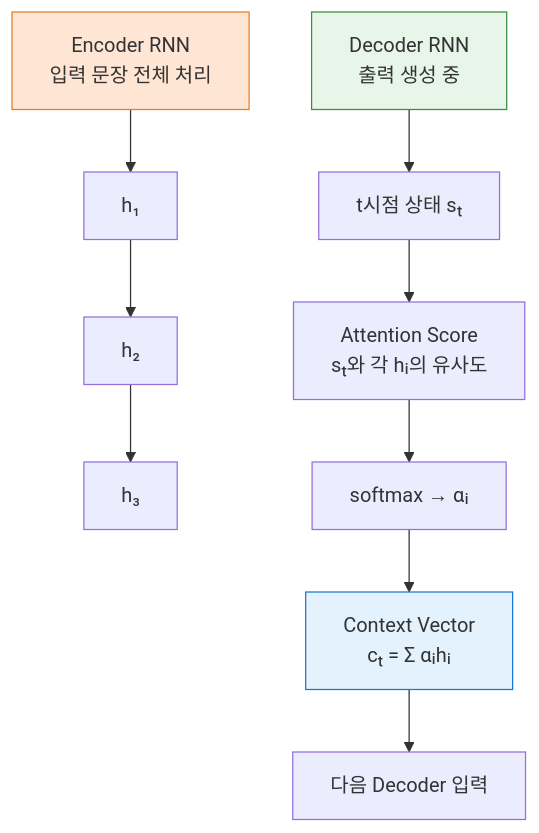
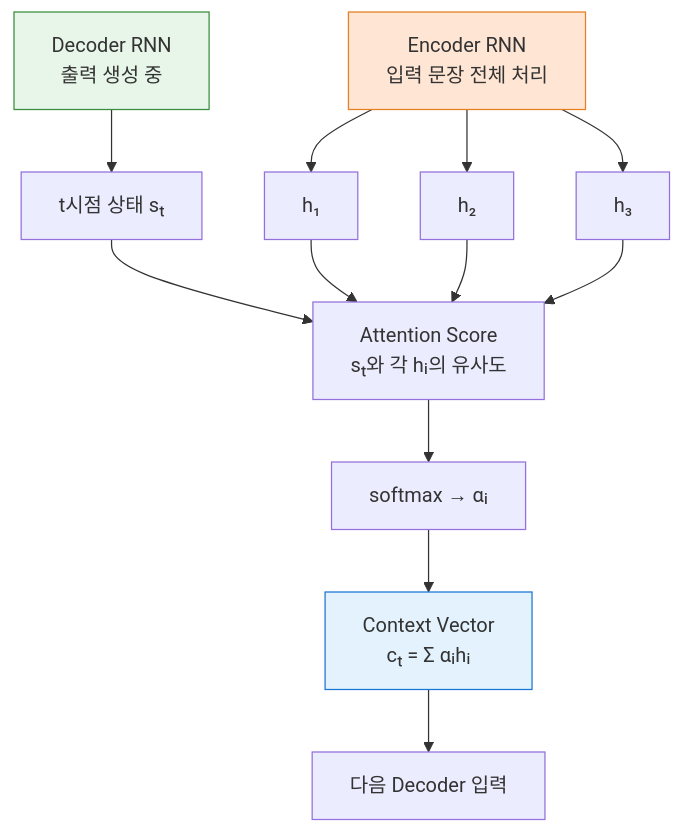
The first of 4 diagrams in content/study/Attention.md (Ricepunchb/Idsh-obsidian-garden), drawn with Mermaid before and after one commit. The commit also changed other lines of this file and 14 other files, not shown here.

````diff
--- a/content/study/Attention.md
+++ b/content/study/Attention.md
@@ -12,13 +15,15 @@
 ```mermaid
-%%{init: {'theme':'default'}}%%
-graph TD
-    Enc[Encoder RNN<br/>입력 문장 전체 처리] --> H1[h₁] --> H2[h₂] --> H3[h₃]
-    Dec[Decoder RNN<br/>출력 생성 중] --> S[t시점 상태 sₜ]
-    S --> Score[Attention Score<br/>sₜ와 각 hᵢ의 유사도]
-    Score --> Alpha[softmax → αᵢ]
-    Alpha --> Context[Context Vector<br/>cₜ = Σ αᵢhᵢ]
-    Context --> DecNext[다음 Decoder 입력]
-    style Enc fill:#FFE5D4,stroke:#E67E22
-    style Dec fill:#E8F5E9,stroke:#388E3C
-    style Context fill:#E3F2FD,stroke:#1976D2
+%%{init: {'theme':'default'}}%% 
+graph TD 
+	Enc[Encoder RNN<br/>입력 문장 전체 처리] --> H1[h₁] & H2[h₂] & H3[h₃] 
+	Dec[Decoder RNN<br/>출력 생성 중] --> S[t시점 상태 sₜ] 
+	S --> Score[Attention Score<br/>sₜ와 각 hᵢ의 유사도] 
+	H1 & H2 & H3 --> Score 
+	Score --> Alpha[softmax → αᵢ] 
+	Alpha --> Context[Context Vector<br/>cₜ = Σ αᵢhᵢ] 
+	Context --> DecNext[다음 Decoder 입력] 
+	
+	style Enc fill:#FFE5D4,stroke:#E67E22 
+	style Dec fill:#E8F5E9,stroke:#388E3C 
+	style Context fill:#E3F2FD,stroke:#1976D2
 ```
````
